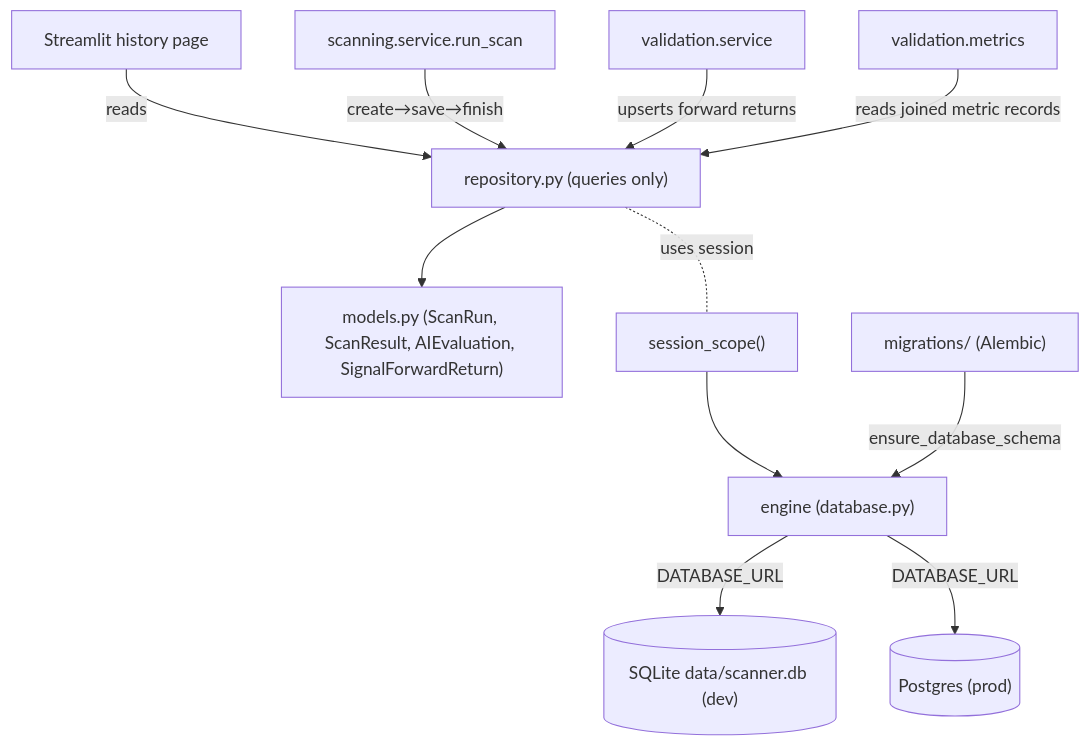
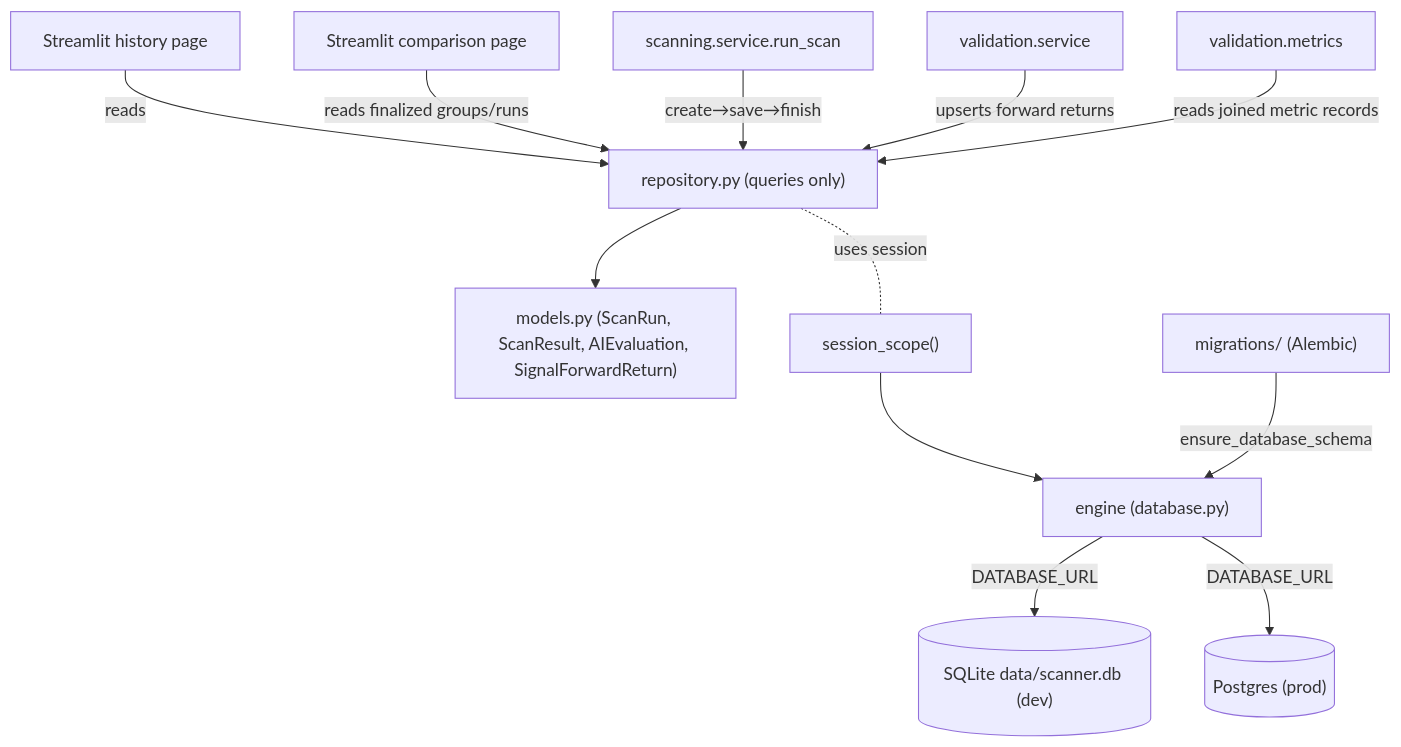
The diagram in docs/architecture/components/storage-persistence.md (DoRmAmMu1997/Streamlit-Scanner-App), drawn with Mermaid before and after one commit. The commit also changed other lines of this file and 14 other files, not shown here.

First line of the commit message:
feat(JOB-003): latest-vs-previous scan comparison page and CSV export

````diff
--- a/docs/architecture/components/storage-persistence.md
+++ b/docs/architecture/components/storage-persistence.md
@@ -29,13 +29,14 @@
 ```mermaid
 flowchart TD
     UI["Streamlit history page"] -->|reads| REPO["repository.py (queries only)"]
+    CMP["Streamlit comparison page"] -->|reads finalized groups/runs| REPO
     SVC["scanning.service.run_scan"] -->|create→save→finish| REPO
     VAL["validation.service"] -->|upserts forward returns| REPO
     MET["validation.metrics"] -->|reads joined metric records| REPO
     REPO --> MODELS["models.py (ScanRun, ScanResult, AIEvaluation, SignalForwardReturn)"]
     REPO -.uses session.- SS["session_scope()"]
     SS --> ENG["engine (database.py)"]
     ENG -->|DATABASE_URL| SQLITE[("SQLite data/scanner.db (dev)")]
     ENG -->|DATABASE_URL| PG[("Postgres (prod)")]
     ALEMBIC["migrations/ (Alembic)"] -->|ensure_database_schema| ENG
 ```
````
